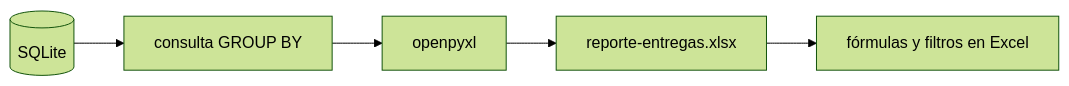
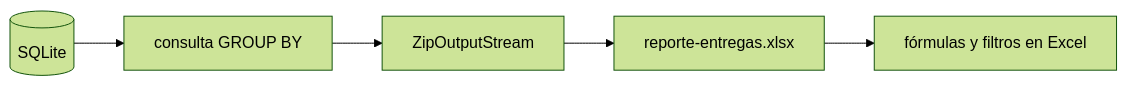
Before and after one commit to NICORUIZ93/The_Imperial_Book: the seventh of 7 diagrams in web/public/content/sql/modulo-0.md, drawn with Mermaid (forest theme). The commit also changed other lines of this file and 3 other files, not shown here.

````diff
--- a/web/public/content/sql/modulo-0.md
+++ b/web/public/content/sql/modulo-0.md
@@ -2204,7 +2375,7 @@
 ```mermaid
 flowchart LR
     D[(SQLite)] --> Q[consulta GROUP BY]
-    Q --> W[openpyxl]
+    Q --> W[ZipOutputStream]
     W --> X[reporte-entregas.xlsx]
     X --> F[fórmulas y filtros en Excel]
 ```
````
